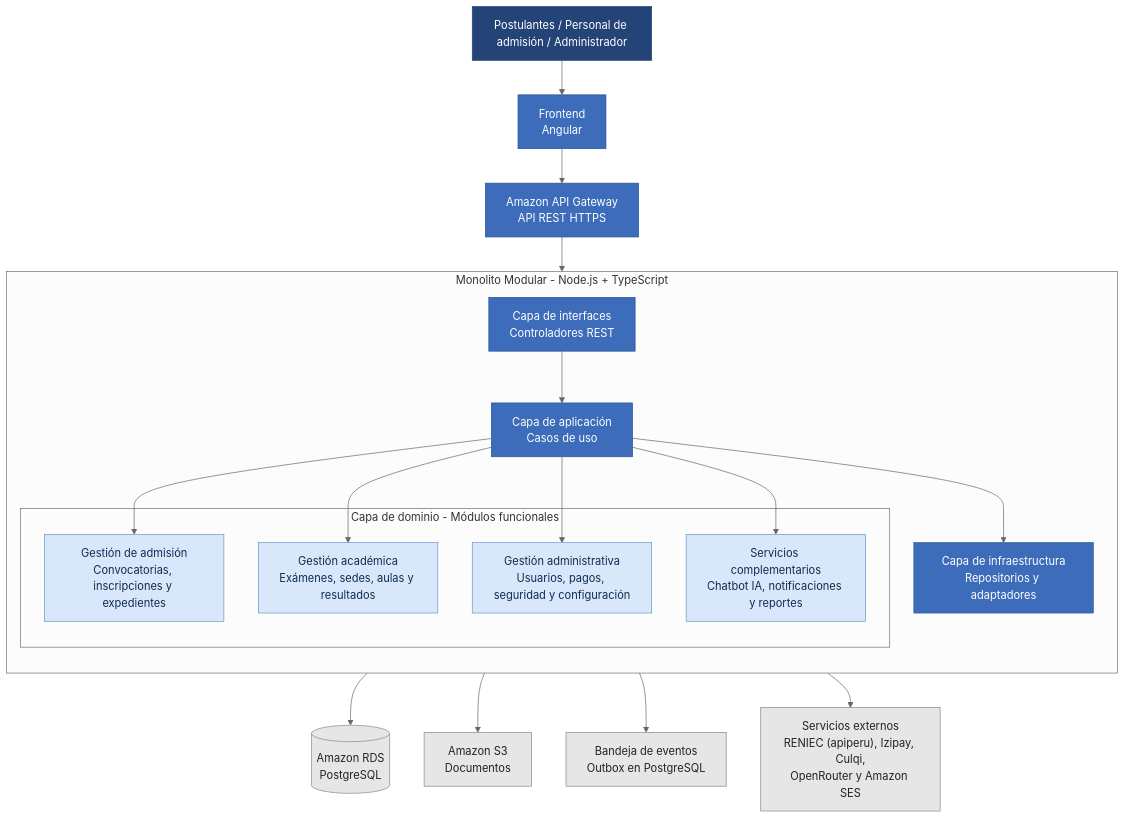
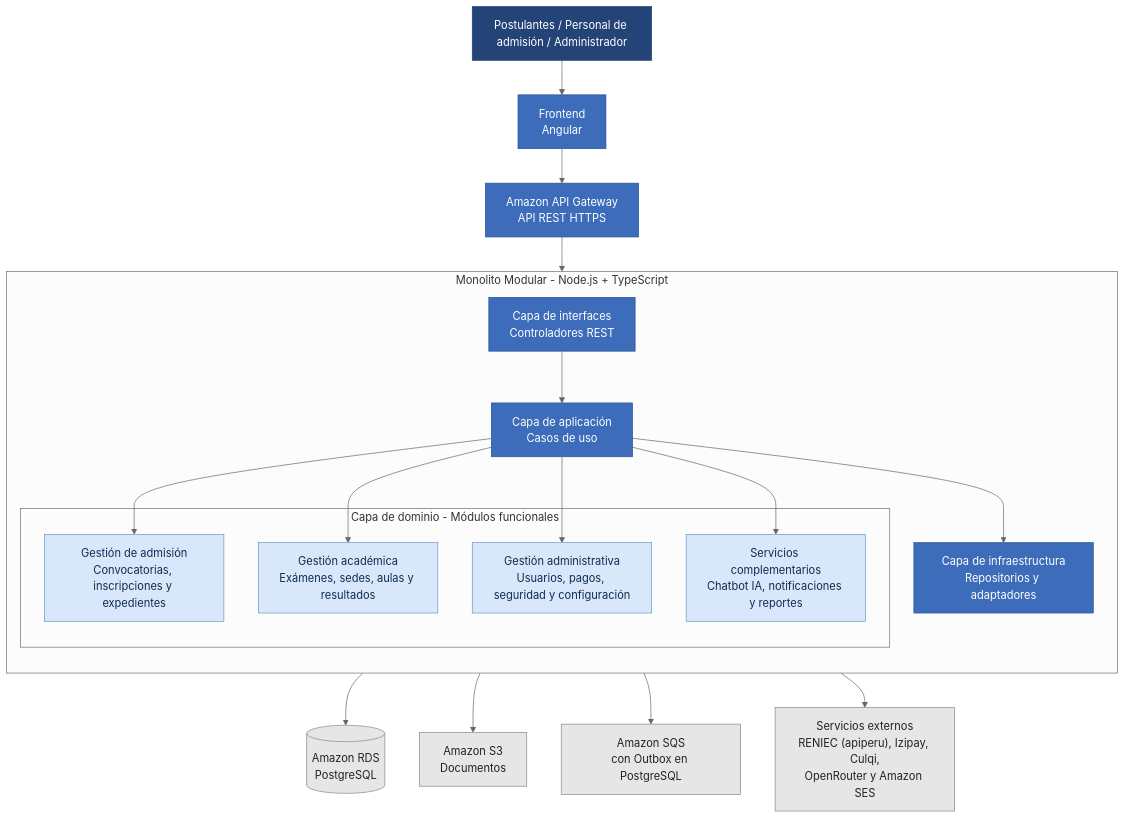
The diagram in docs/02-arquitectura-de-software/09-componentes-arquitectonicos.md (DiegoCoras06/sia-unsch-admision), drawn with Mermaid (neutral theme) before and after one commit. The commit also changed other lines of this file and 16 other files, not shown here.

First line of the commit message:
Documentación: 12 módulos y mensajería con Amazon SQS

````diff
--- a/docs/02-arquitectura-de-software/09-componentes-arquitectonicos.md
+++ b/docs/02-arquitectura-de-software/09-componentes-arquitectonicos.md
@@ -14,59 +14,59 @@
 ```mermaid
 flowchart TB
     U["Postulantes / Personal de admisión / Administrador"]
 
     FE["Frontend<br/>Angular"]
 
     API["Amazon API Gateway<br/>API REST HTTPS"]
 
     subgraph BACKEND["Monolito Modular - Node.js + TypeScript"]
         direction TB
 
         CTRL["Capa de interfaces<br/>Controladores REST"]
 
         APP["Capa de aplicación<br/>Casos de uso"]
 
         subgraph MODULOS["Capa de dominio - Módulos funcionales"]
             M1["Gestión de admisión<br/>Convocatorias, inscripciones y expedientes"]
             M2["Gestión académica<br/>Exámenes, sedes, aulas y resultados"]
             M3["Gestión administrativa<br/>Usuarios, pagos, seguridad y configuración"]
             M4["Servicios complementarios<br/>Chatbot IA, notificaciones y reportes"]
         end
 
         INFRA["Capa de infraestructura<br/>Repositorios y adaptadores"]
 
         CTRL --> APP
 
         APP --> M1
         APP --> M2
         APP --> M3
         APP --> M4
 
         APP --> INFRA
     end
 
     DB[("Amazon RDS<br/>PostgreSQL")]
     S3["Amazon S3<br/>Documentos"]
-    OUTBOX["Bandeja de eventos<br/>Outbox en PostgreSQL"]
+    OUTBOX["Amazon SQS<br/>con Outbox en PostgreSQL"]
 
     EXT["Servicios externos<br/>RENIEC (apiperu), Izipay, Culqi,<br/>OpenRouter y Amazon SES"]
 
     U --> FE
     FE --> API
     API --> CTRL
 
     INFRA --> DB
     INFRA --> S3
     INFRA --> OUTBOX
     INFRA --> EXT
 
     classDef user fill:#244478,color:#fff,stroke:#244478
     classDef main fill:#3d6cba,color:#fff,stroke:#28539b
     classDef module fill:#d8e8fa,color:#102b50,stroke:#6a95cc
     classDef external fill:#e6e6e6,color:#222,stroke:#888
 
     class U user
     class FE,API,CTRL,APP,INFRA main
     class M1,M2,M3,M4 module
     class DB,S3,OUTBOX,EXT external
 ```
````
